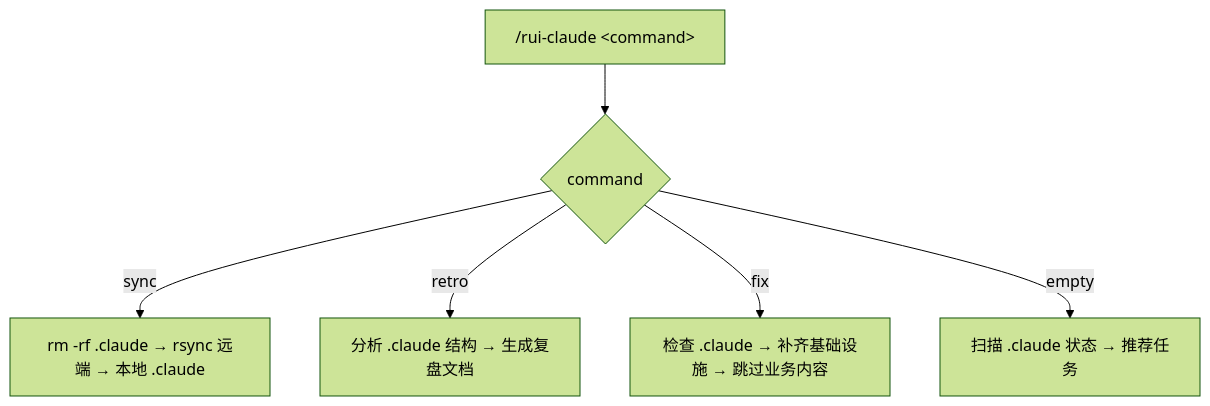
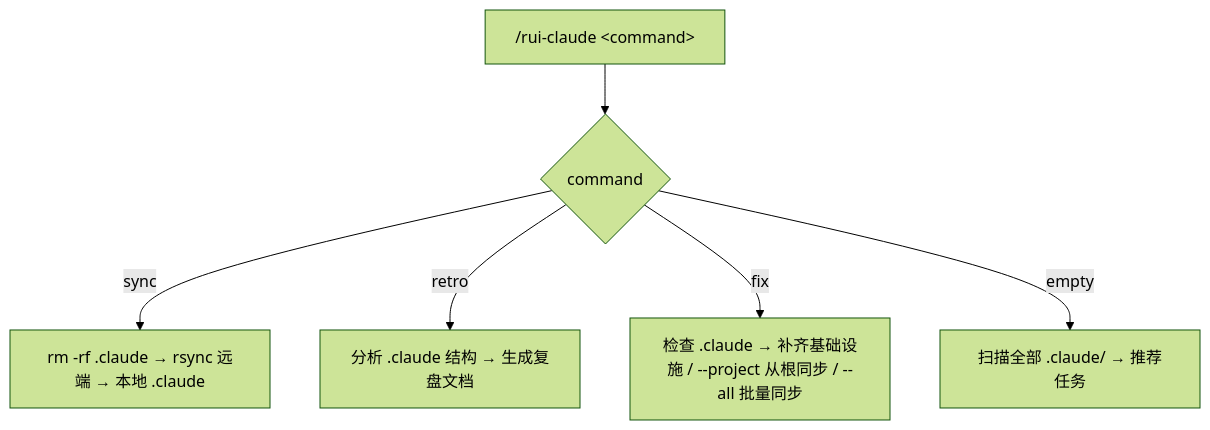
One commit to effiy/YiWeb changed the first of 4 diagrams in .claude/skills/rui-claude/SKILL.md. Above: the diagram before and after it, drawn with Mermaid (forest theme). The commit also changed other lines of this file and 37 other files, not shown here.

````diff
--- a/.claude/skills/rui-claude/SKILL.md
+++ b/.claude/skills/rui-claude/SKILL.md
@@ -10,8 +12,8 @@
 ```mermaid
 flowchart TD
     USER["/rui-claude &lt;command&gt;"] --> ROUTE{command}
     ROUTE -->|sync| SYNC["rm -rf .claude → rsync 远端 → 本地 .claude"]
     ROUTE -->|retro| RETRO["分析 .claude 结构 → 生成复盘文档"]
-    ROUTE -->|fix| FIX["检查 .claude → 补齐基础设施 → 跳过业务内容"]
-    ROUTE -->|empty| RECOMMEND["扫描 .claude 状态 → 推荐任务"]
+    ROUTE -->|fix| FIX["检查 .claude → 补齐基础设施 / --project 从根同步 / --all 批量同步"]
+    ROUTE -->|empty| RECOMMEND["扫描全部 .claude/ → 推荐任务"]
 ```
````
